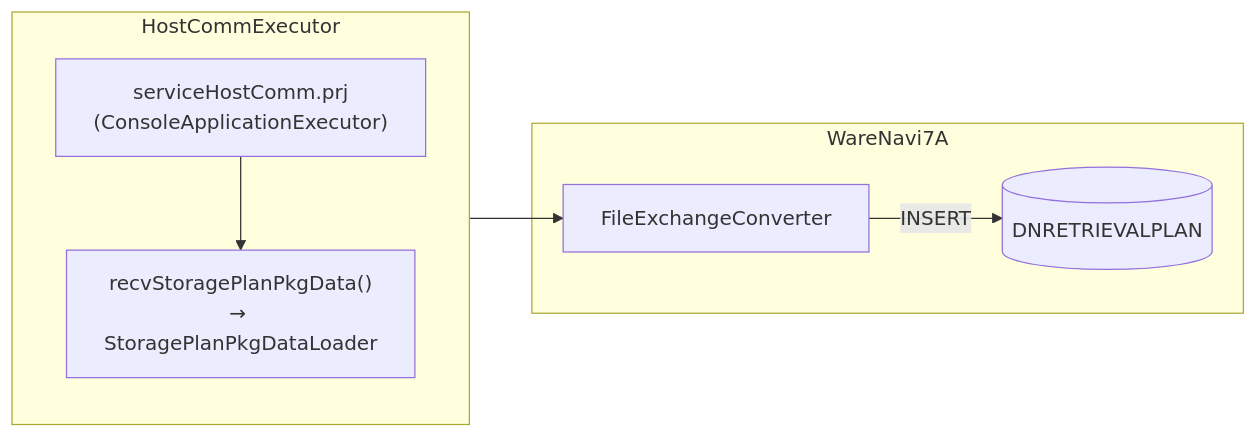
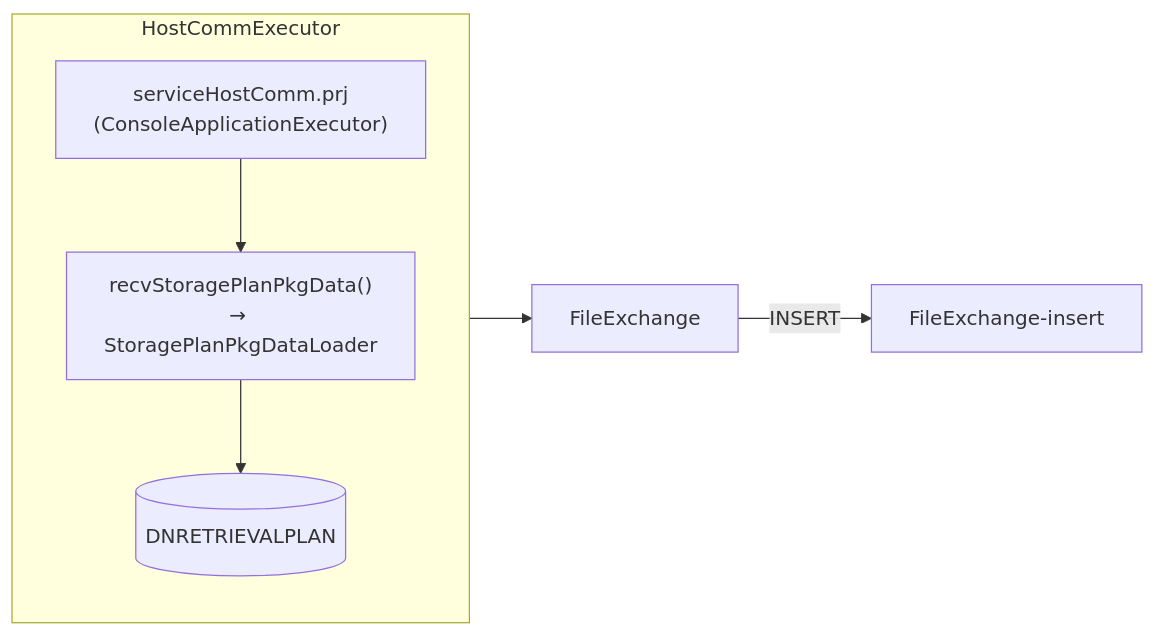
Before and after one commit to luthfiadityaa/SimeDarby-Wiki: the second of 2 diagrams in Basic-Design/Host-Interfaces/Receive-Method/Planned-Storage-PKG.md, drawn with Mermaid.

Commit message:
Updated Planned Storage PKG

```diff
--- a/Basic-Design/Host-Interfaces/Receive-Method/Planned-Storage-PKG.md
+++ b/Basic-Design/Host-Interfaces/Receive-Method/Planned-Storage-PKG.md
@@ -74,20 +74,12 @@
 ::: mermaid
 flowchart LR
 
 subgraph HostCommExecutor
         C1["serviceHostComm.prj<br>(ConsoleApplicationExecutor)"]
         C2["recvStoragePlanPkgData()<br>→ StoragePlanPkgDataLoader"]
-        C1 --> C2
-    end
-
-subgraph WareNavi7A
-FileExchange[FileExchangeConverter]
-
-FileExchange-insert[("
-DNRETRIEVALPLAN
-")]
+        C1 --> C2 --> insert[("DNRETRIEVALPLAN")]
 end
 
 HostCommExecutor-->FileExchange
 FileExchange--INSERT-->FileExchange-insert
 :::
```
